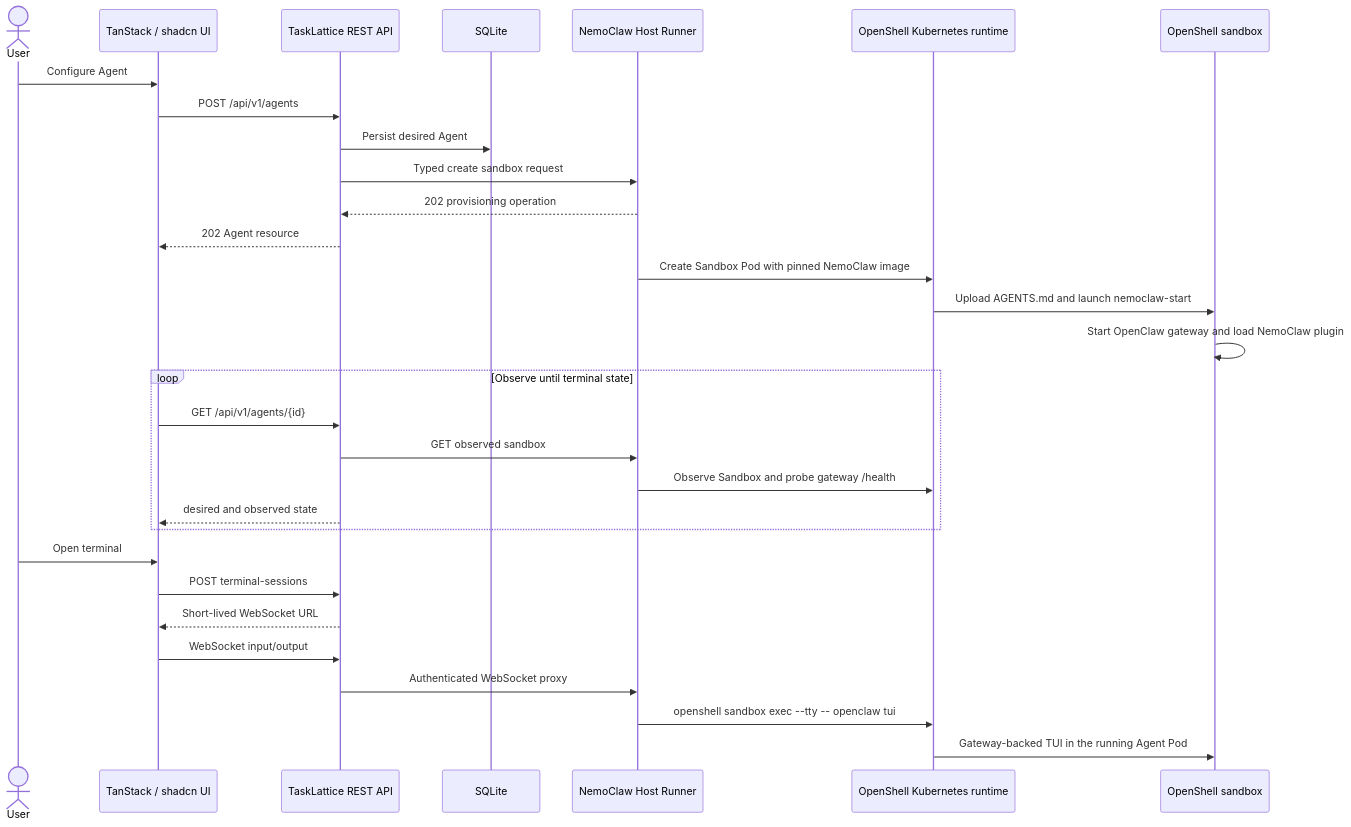
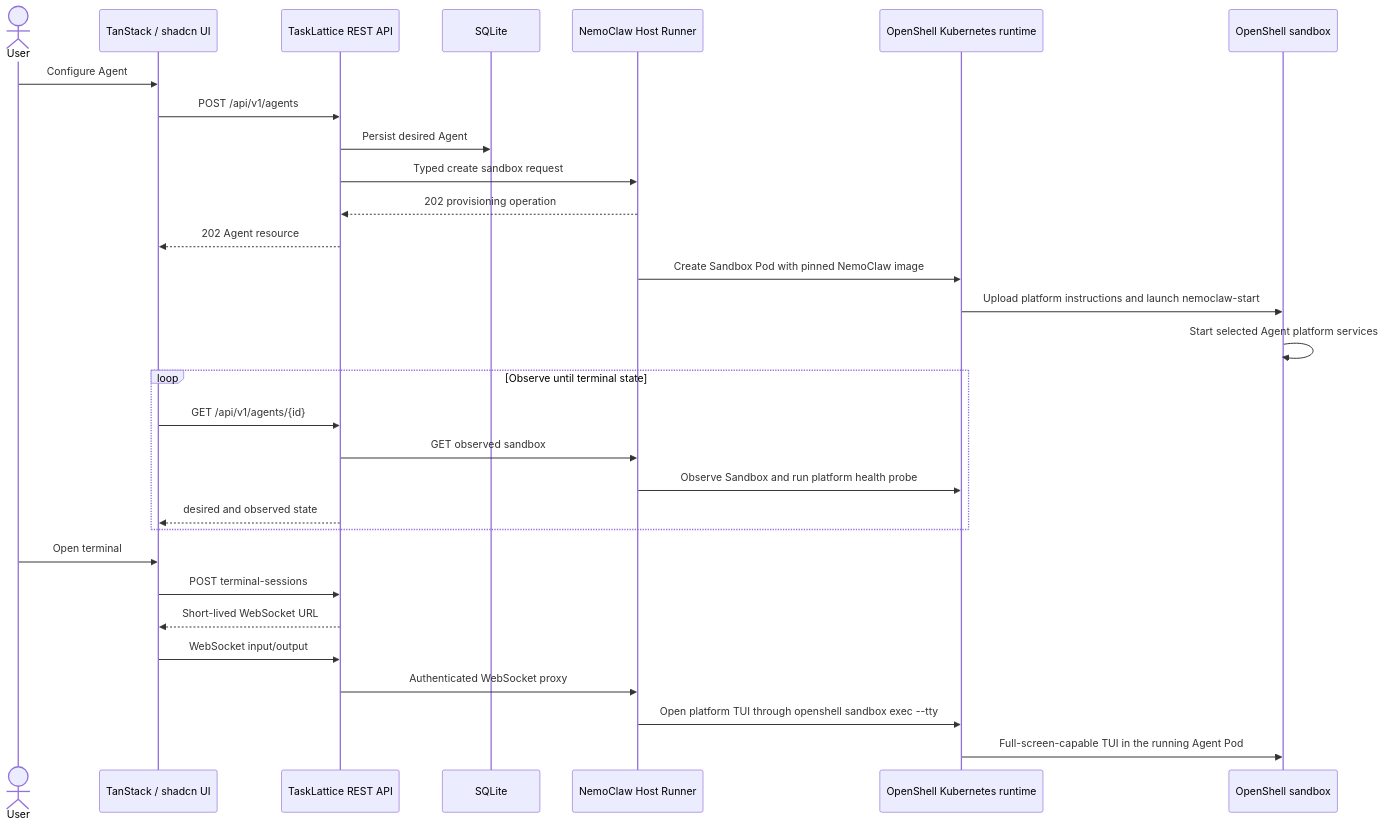
The second of 2 diagrams in docs/mvp-core-flow.md (Sn0rt/TaskLattice), drawn with Mermaid before and after one commit. The commit also changed other lines of this file and 29 other files, not shown here.

Commit message:
feat(agent): add Hermes platform and fullscreen TUI

````diff
--- a/docs/mvp-core-flow.md
+++ b/docs/mvp-core-flow.md
@@ -34,33 +34,33 @@
 ```mermaid
 sequenceDiagram
     actor User
     participant UI as TanStack / shadcn UI
     participant API as TaskLattice REST API
     participant DB as SQLite
     participant Runner as NemoClaw Host Runner
     participant OS as OpenShell Kubernetes runtime
     participant SB as OpenShell sandbox
 
     User->>UI: Configure Agent
     UI->>API: POST /api/v1/agents
     API->>DB: Persist desired Agent
     API->>Runner: Typed create sandbox request
     Runner-->>API: 202 provisioning operation
     API-->>UI: 202 Agent resource
     Runner->>OS: Create Sandbox Pod with pinned NemoClaw image
-    OS->>SB: Upload AGENTS.md and launch nemoclaw-start
-    SB->>SB: Start OpenClaw gateway and load NemoClaw plugin
+    OS->>SB: Upload platform instructions and launch nemoclaw-start
+    SB->>SB: Start selected Agent platform services
     loop Observe until terminal state
         UI->>API: GET /api/v1/agents/{id}
         API->>Runner: GET observed sandbox
-        Runner->>OS: Observe Sandbox and probe gateway /health
+        Runner->>OS: Observe Sandbox and run platform health probe
         API-->>UI: desired and observed state
     end
     User->>UI: Open terminal
     UI->>API: POST terminal-sessions
     API-->>UI: Short-lived WebSocket URL
     UI->>API: WebSocket input/output
     API->>Runner: Authenticated WebSocket proxy
-    Runner->>OS: openshell sandbox exec --tty -- openclaw tui
-    OS->>SB: Gateway-backed TUI in the running Agent Pod
+    Runner->>OS: Open platform TUI through openshell sandbox exec --tty
+    OS->>SB: Full-screen-capable TUI in the running Agent Pod
 ```
````
